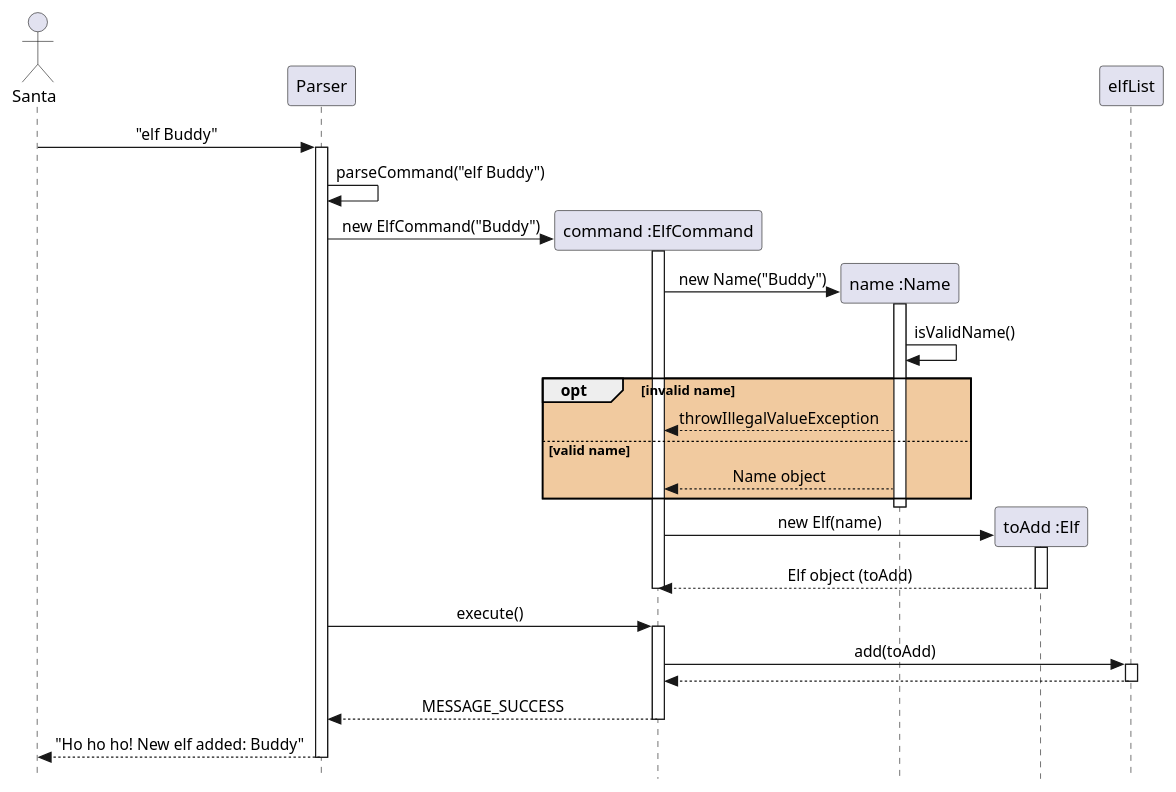
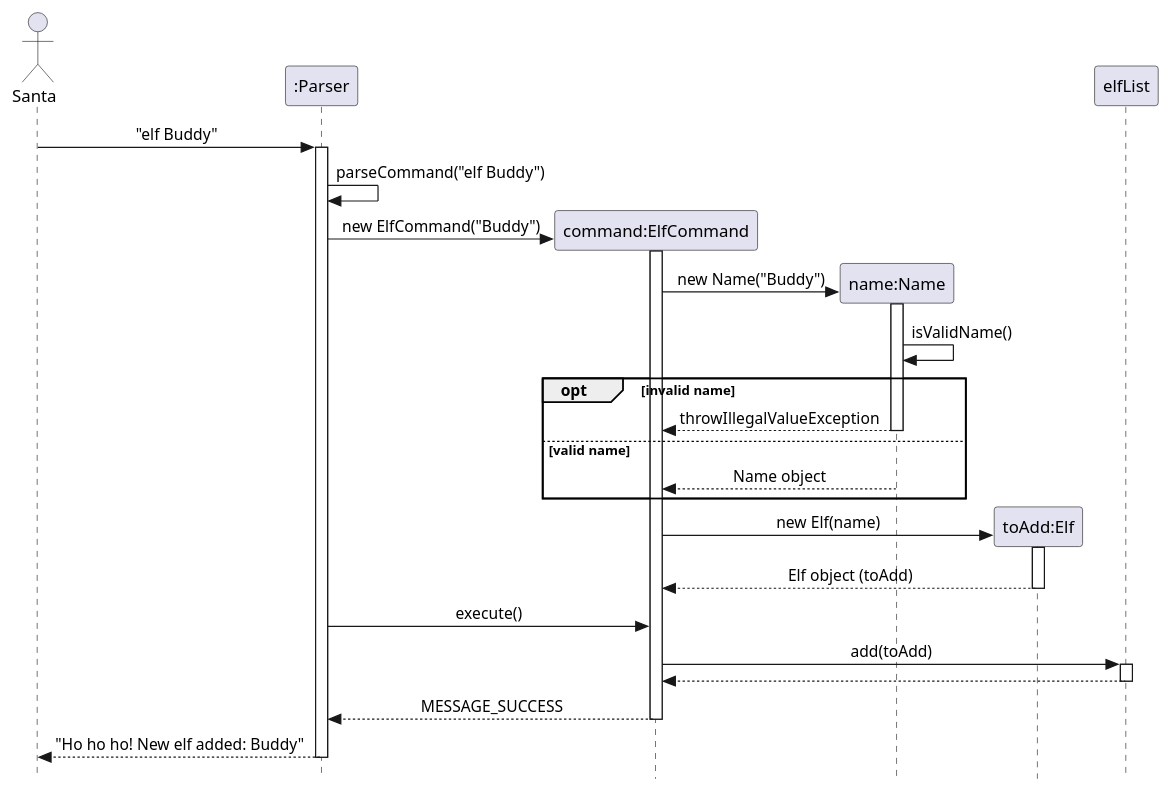
The diagram in docs/diagrams/ElfSequenceDiagram.puml (shrabasti-c/tp), drawn with PlantUML before and after one commit. The commit also changed other lines of this file and 14 other files, not shown here.

```diff
--- a/docs/diagrams/ElfSequenceDiagram.puml
+++ b/docs/diagrams/ElfSequenceDiagram.puml
@@ -2,52 +1,52 @@
 @startuml
 skinparam Style strictuml
 skinparam SequenceMessageAlignment center
 
-actor Santa
-participant "Parser" as Parser
-participant "command :ElfCommand" as ElfCommand
-participant "name :Name" as Name
-participant "toAdd :Elf" as Elf
+actor "Santa" as Santa
+participant ":Parser" as Parser
+participant "command:ElfCommand" as ElfCommand
+participant "name:Name" as Name
+participant "toAdd:Elf" as Elf
 participant "elfList" as elfList
 
 Santa -> Parser : "elf Buddy"
 activate Parser
 
 Parser -> Parser : parseCommand("elf Buddy")
+
 create ElfCommand
 Parser -> ElfCommand : new ElfCommand("Buddy")
 activate ElfCommand
 
 create Name
 ElfCommand -> Name : new Name("Buddy")
 activate Name
 Name -> Name : isValidName()
-opt #f1ca9f invalid name
+
+opt invalid name
     Name --> ElfCommand : throwIllegalValueException
+    deactivate Name
 else valid name
     Name --> ElfCommand : Name object
+    deactivate Name
 end
-deactivate Name
 
 create Elf
-ElfCommand -> Elf : new Elf(name)
+ElfCommand -> Elf :new Elf(name)
 activate Elf
 Elf --> ElfCommand : Elf object (toAdd)
 deactivate Elf
-deactivate ElfCommand
 
 Parser -> ElfCommand : execute()
-activate ElfCommand
-
 ElfCommand -> elfList : add(toAdd)
 activate elfList
 elfList --> ElfCommand
 deactivate elfList
 
 ElfCommand --> Parser : MESSAGE_SUCCESS
 deactivate ElfCommand
 
 Parser --> Santa : "Ho ho ho! New elf added: Buddy"
 deactivate Parser
 
 @enduml
```
